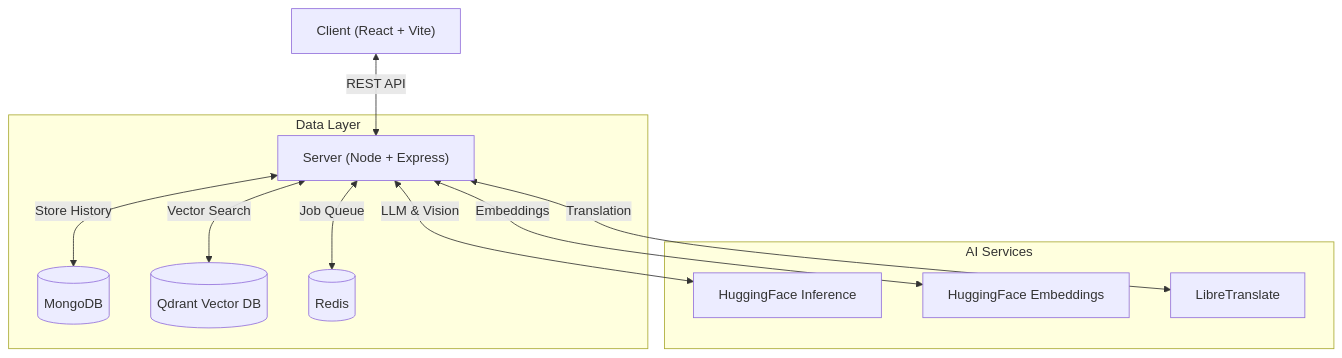
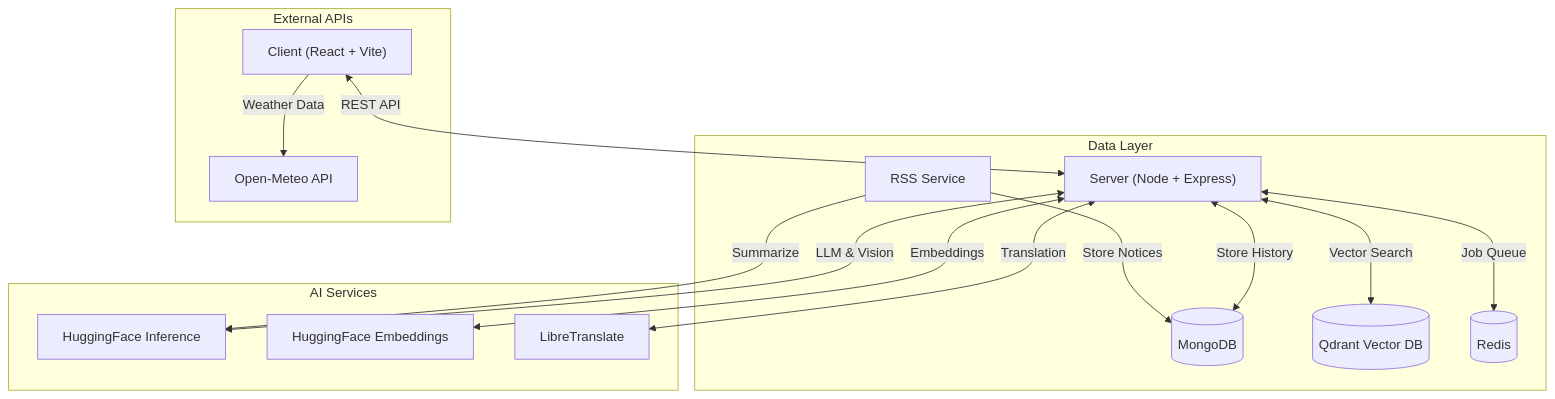
Before and after one commit to paradox-2802/AgroSathi: the first of 3 diagrams in README.md, drawn with Mermaid. The commit also changed other lines of this file and 27 other files, not shown here.

````diff
--- a/README.md
+++ b/README.md
@@ -42,16 +52,22 @@
 ```mermaid
 graph TD
     Client["Client (React + Vite)"] <-->|REST API| Server["Server (Node + Express)"]
     
     subgraph Data Layer
         Server <-->|Store History| Mongo[("MongoDB")]
         Server <-->|Vector Search| Qdrant[("Qdrant Vector DB")]
         Server <-->|Job Queue| Redis[("Redis")]
+        RSS["RSS Service"] -->|Store Notices| Mongo
     end
     
     subgraph AI Services
         Server <-->|LLM & Vision| HF["HuggingFace Inference"]
         Server <-->|Embeddings| HF_Embed["HuggingFace Embeddings"]
         Server <-->|Translation| Libre["LibreTranslate"]
+        RSS -->|Summarize| HF
+    end
+    
+    subgraph External APIs
+        Client -->|Weather Data| Weather["Open-Meteo API"]
     end
 ```
````
